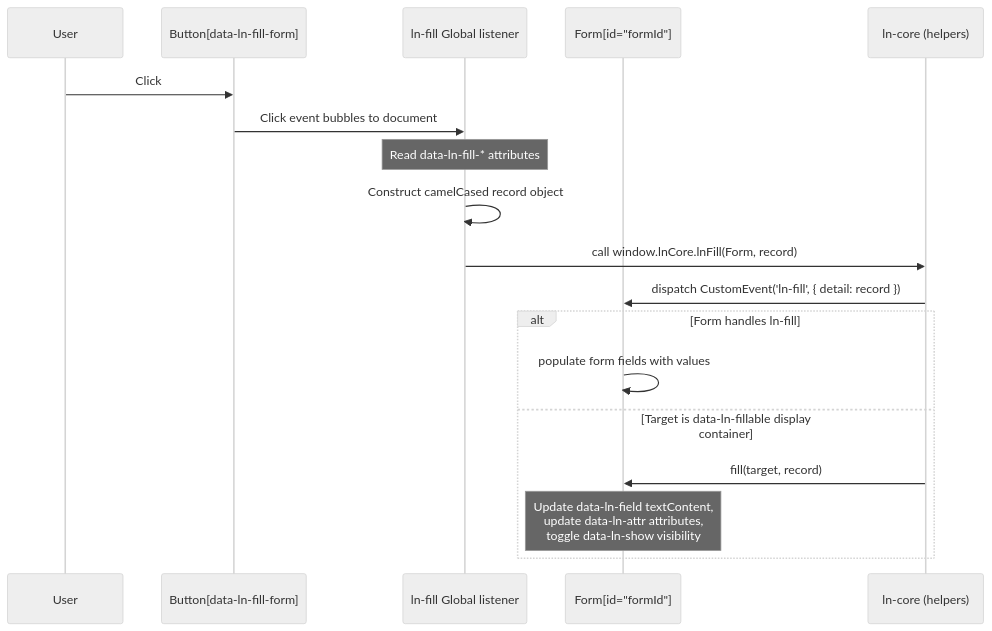
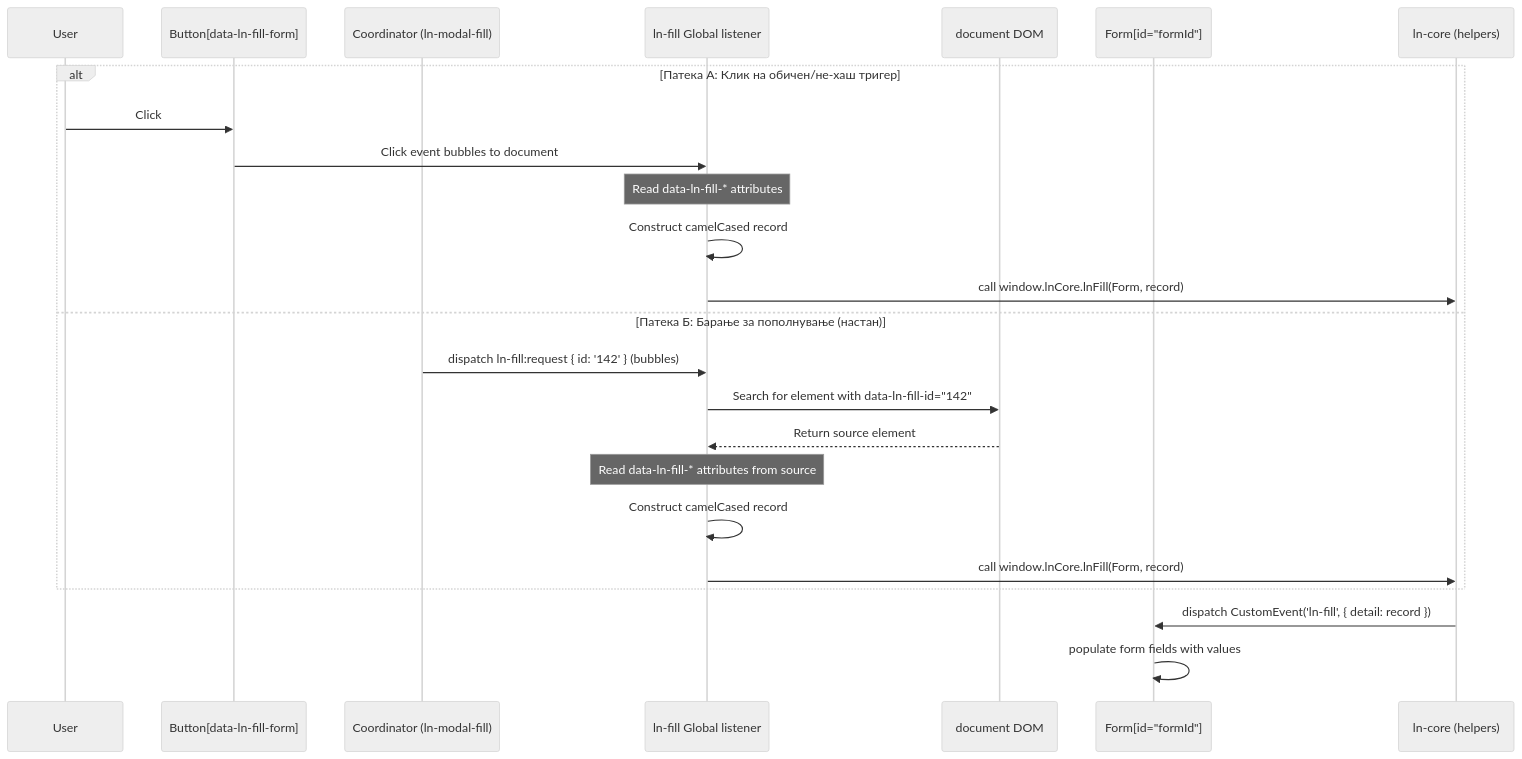
Before and after one commit to livenetworks/ln-ashlar: the diagram in architecture_docs_draft/components/ln-fill.md, drawn with Mermaid (neutral theme). The commit also changed other lines of this file and 19 other files, not shown here.

````diff
--- a/architecture_docs_draft/components/ln-fill.md
+++ b/architecture_docs_draft/components/ln-fill.md
@@ -95,25 +76,28 @@
 ```mermaid
 sequenceDiagram
     participant User
     participant Trigger as Button[data-ln-fill-form]
+    participant Coordinator as Coordinator (ln-modal-fill)
     participant FillJS as ln-fill Global listener
+    participant DOM as document DOM
     participant Form as Form[id="formId"]
     participant Core as ln-core (helpers)
 
-    User->>Trigger: Click
-    Trigger->>FillJS: Click event bubbles to document
-    
-    Note over FillJS: Read data-ln-fill-* attributes
-    FillJS->>FillJS: Construct camelCased record object
-    
-    FillJS->>Core: call window.lnCore.lnFill(Form, record)
+    alt Патека А: Клик на обичен/не-хаш тригер
+        User->>Trigger: Click
+        Trigger->>FillJS: Click event bubbles to document
+        Note over FillJS: Read data-ln-fill-* attributes
+        FillJS->>FillJS: Construct camelCased record
+        FillJS->>Core: call window.lnCore.lnFill(Form, record)
+    else Патека Б: Барање за пополнување (настан)
+        Coordinator->>FillJS: dispatch ln-fill:request { id: '142' } (bubbles)
+        FillJS->>DOM: Search for element with data-ln-fill-id="142"
+        DOM-->>FillJS: Return source element
+        Note over FillJS: Read data-ln-fill-* attributes from source
+        FillJS->>FillJS: Construct camelCased record
+        FillJS->>Core: call window.lnCore.lnFill(Form, record)
+    end
     
     Core->>Form: dispatch CustomEvent('ln-fill', { detail: record })
-    
-    alt Form handles ln-fill
-        Form->>Form: populate form fields with values
-    else Target is data-ln-fillable display container
-        Core->>Form: fill(target, record)
-        Note over Form: Update data-ln-field textContent,<br/>update data-ln-attr attributes,<br/>toggle data-ln-show visibility
-    end
+    Form->>Form: populate form fields with values
 ```
````
